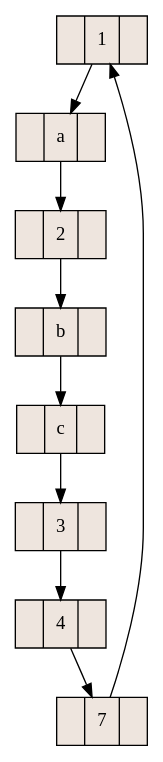
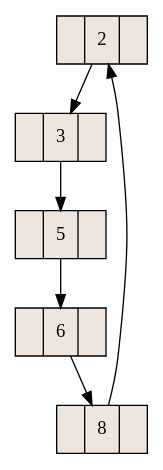
One commit to erickcontreras12/ProyectoFinal_PrograAvanzada2017 changed the diagram in aux_grafico1circular.dot. Above: the diagram before and after it, drawn with Graphviz. The commit also changed 5 other files, not shown here.

```diff
--- a/aux_grafico1circular.dot
+++ b/aux_grafico1circular.dot
@@ -1,21 +1,15 @@
 digraph grafica{
 rankdir=TB;
 node [shape = record, style=filled, fillcolor=seashell2];
-nodo1 [ label ="1"];
+nodo2 [ label ="2"];
+nodo5 [ label ="<C0>|5|<C1>"];
+nodo6 [ label ="<C0>|6|<C1>"];
+nodo8 [ label ="<C0>|8|<C1>"];
 nodo2 [ label ="<C0>|2|<C1>"];
-nodob [ label ="<C0>|b|<C1>"];
-nodoc [ label ="<C0>|c|<C1>"];
 nodo3 [ label ="<C0>|3|<C1>"];
-nodo4 [ label ="<C0>|4|<C1>"];
-nodo7 [ label ="<C0>|7|<C1>"];
-nodo1 [ label ="<C0>|1|<C1>"];
-nodoa [ label ="<C0>|a|<C1>"];
-nodo7->nodo1
-nodo4->nodo7
-nodo3->nodo4
-nodoc->nodo3
-nodob->nodoc
-nodo2->nodob
-nodoa->nodo2
-nodo1->nodoa
+nodo8->nodo2
+nodo6->nodo8
+nodo5->nodo6
+nodo3->nodo5
+nodo2->nodo3
 }
```
